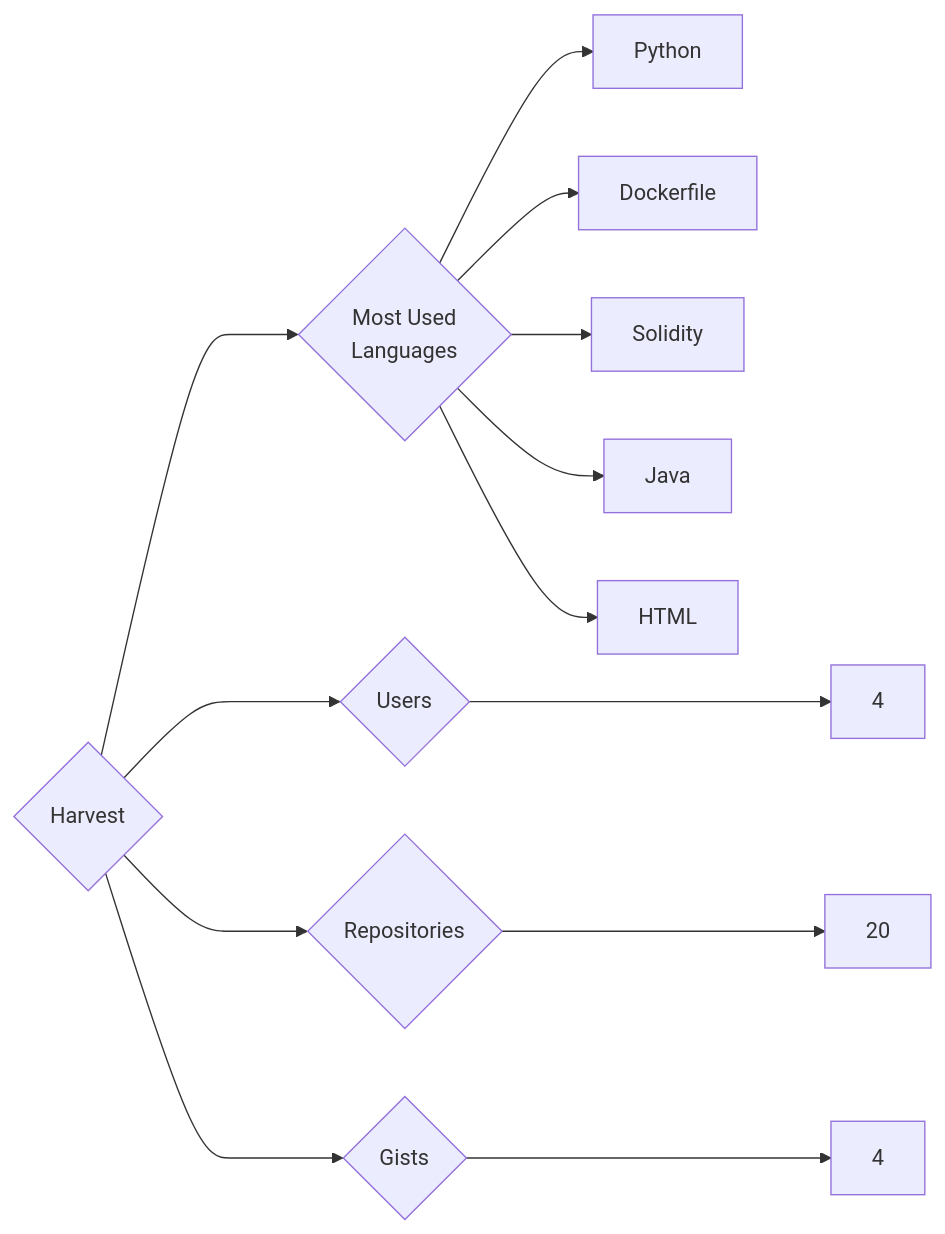
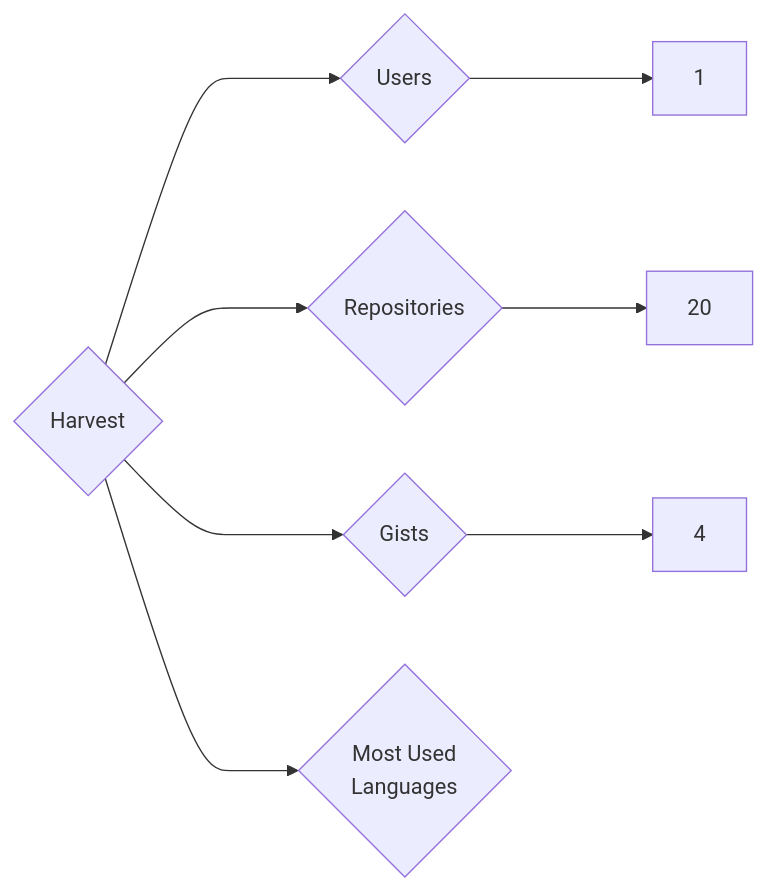
Before and after one commit to trickest/insiders: the diagram in targets/Harvest/README.md, drawn with Mermaid. The commit also changed 860 other files, not shown here.

````diff
--- a/targets/Harvest/README.md
+++ b/targets/Harvest/README.md
@@ -3,13 +3,8 @@
 ```mermaid
 graph LR
 COMPANY_NAME{Harvest}
-COMPANY_NAME ---> U{Users} ---> UN[4]
+COMPANY_NAME ---> U{Users} ---> UN[1]
 COMPANY_NAME ---> R{Repositories} ---> RN[20]
 COMPANY_NAME ---> G{Gists} ---> GN[4]
 COMPANY_NAME ---> ML{Most Used<br>Languages}
-ML --> Python[Python]
-ML --> Dockerfile[Dockerfile]
-ML --> Solidity[Solidity]
-ML --> Java[Java]
-ML --> HTML[HTML]
 ```
````
